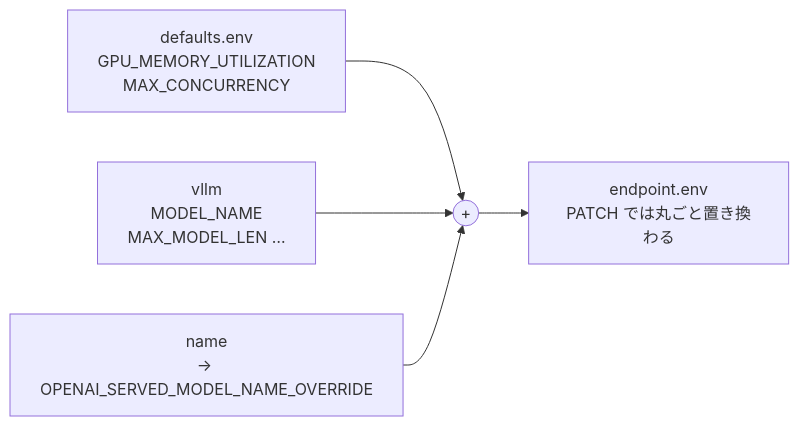
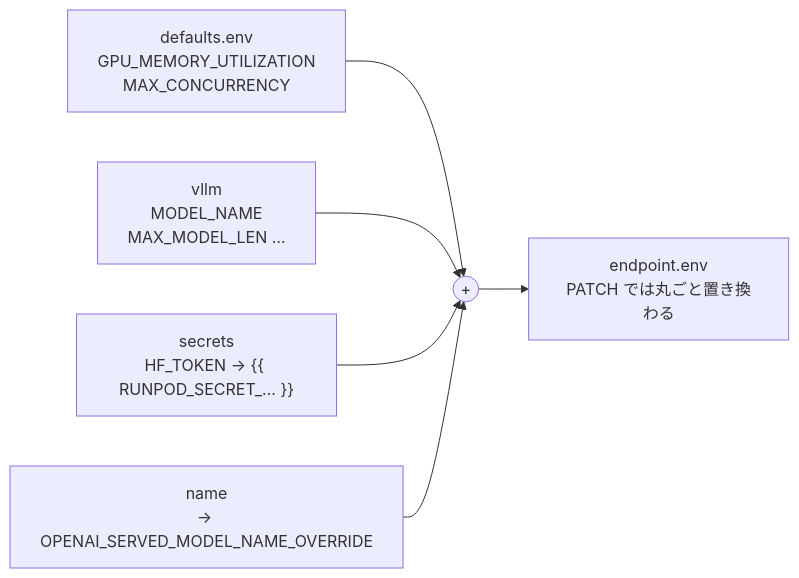
One commit to YuSa0-6/loorel changed the third of 4 diagrams in README.md. Above: the diagram before and after it, drawn with Mermaid. The commit also changed other lines of this file and 6 other files, not shown here.

First line of the commit message:
feat: reference Runpod secrets from models/*.yaml (#6)

````diff
--- a/README.md
+++ b/README.md
@@ -273,7 +274,8 @@
 ```mermaid
 flowchart LR
   D["defaults.env<br>GPU_MEMORY_UTILIZATION<br>MAX_CONCURRENCY"] --> M(("+"))
   V["vllm<br>MODEL_NAME<br>MAX_MODEL_LEN …"] --> M
+  S["secrets<br>HF_TOKEN → {{ RUNPOD_SECRET_… }}"] --> M
   N["name<br>→ OPENAI_SERVED_MODEL_NAME_OVERRIDE"] --> M
   M --> E["endpoint.env<br>PATCH では丸ごと置き換わる"]
 ```
````
